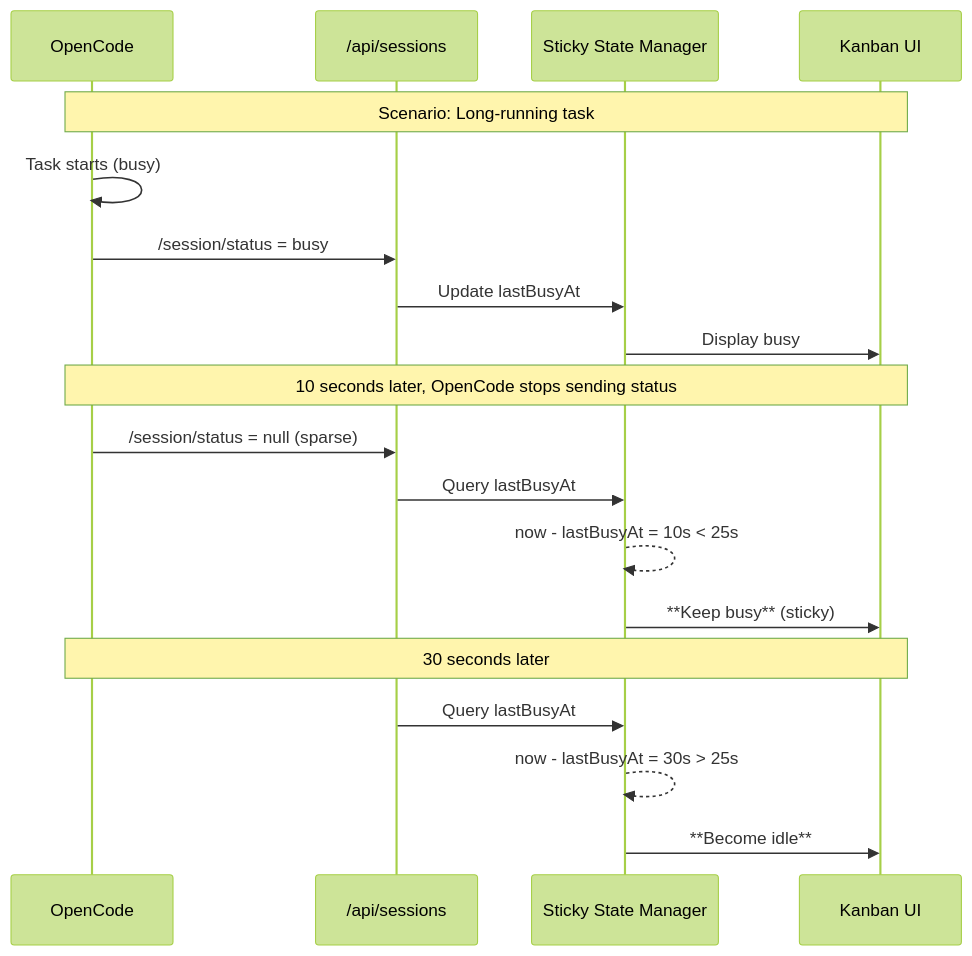
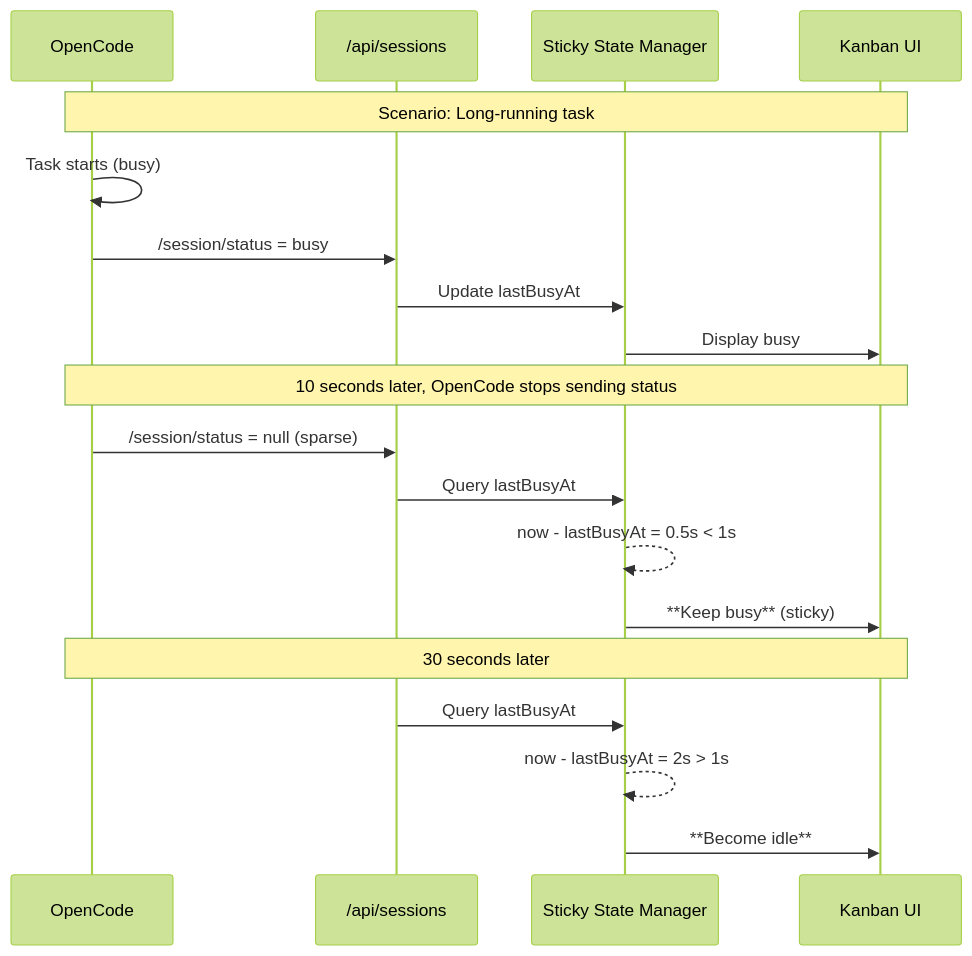
The fifth of 8 diagrams in docs/session-status-detection.md (ChatTreeNet/VibePulse), drawn with Mermaid (forest theme) before and after one commit. The commit also changed other lines of this file and 1 other file, not shown here.

Commit message:
docs: update session status detection documentation for improved sticky state management

````diff
--- a/docs/session-status-detection.md
+++ b/docs/session-status-detection.md
@@ -131,27 +131,27 @@
 ```mermaid
 sequenceDiagram
     participant OC as OpenCode
     participant API as /api/sessions
     participant Sticky as Sticky State Manager
     participant UI as Kanban UI
     
     Note over OC,UI: Scenario: Long-running task
     
     OC->>OC: Task starts (busy)
     OC->>API: /session/status = busy
     API->>Sticky: Update lastBusyAt
     Sticky->>UI: Display busy
     
     Note over OC,UI: 10 seconds later, OpenCode stops sending status
     
     OC->>API: /session/status = null (sparse)
     API->>Sticky: Query lastBusyAt
-    Sticky-->>Sticky: now - lastBusyAt = 10s < 25s
+    Sticky-->>Sticky: now - lastBusyAt = 0.5s < 1s
     Sticky->>UI: **Keep busy** (sticky)
     
     Note over OC,UI: 30 seconds later
     
     API->>Sticky: Query lastBusyAt
-    Sticky-->>Sticky: now - lastBusyAt = 30s > 25s
+    Sticky-->>Sticky: now - lastBusyAt = 2s > 1s
     Sticky->>UI: **Become idle**
 ```
````
